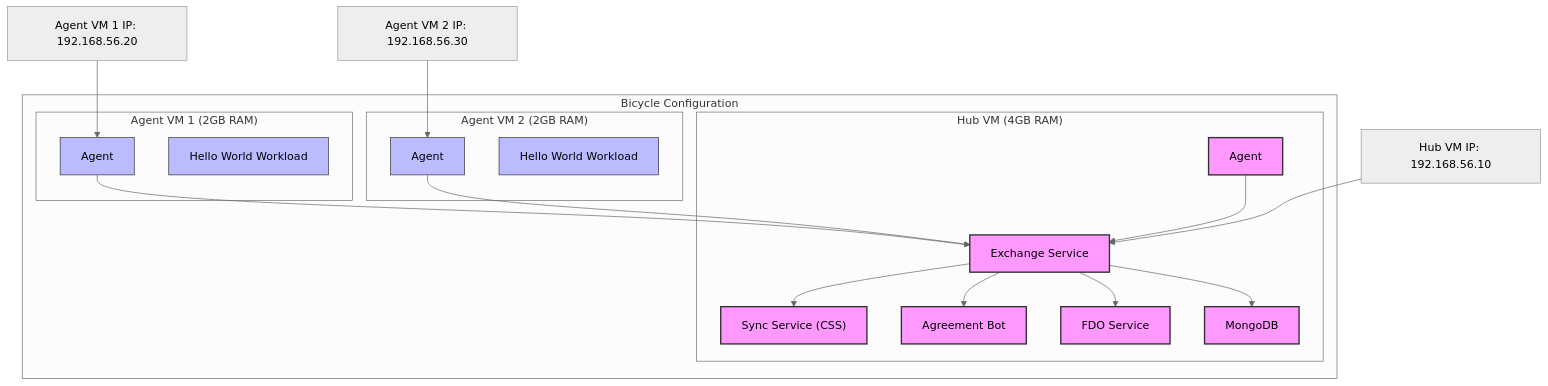
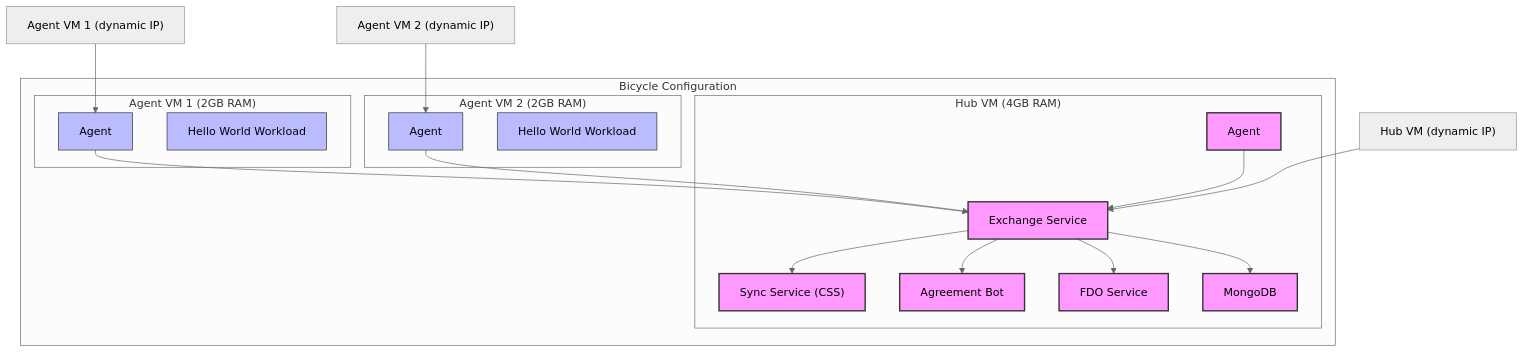
The second of 5 diagrams in README.md (open-horizon-services/demo-in-a-box), drawn with Mermaid (neutral theme) before and after one commit. The commit also changed other lines of this file and 19 other files, not shown here.

````diff
--- a/README.md
+++ b/README.md
@@ -74,43 +74,43 @@
 ```mermaid
 graph TD
     subgraph "Bicycle Configuration"
     
     subgraph "Hub VM (4GB RAM)"
     Exchange["Exchange Service"]
     CSS["Sync Service (CSS)"]
     AgBot["Agreement Bot"]
     FDO["FDO Service"]
     MongoDB["MongoDB"]
     HubAgent["Agent"]
     end
     
     subgraph "Agent VM 1 (2GB RAM)"
     Agent1["Agent"]
     HelloWorld1["Hello World Workload"]
     end
     
     subgraph "Agent VM 2 (2GB RAM)"
     Agent2["Agent"]
     HelloWorld2["Hello World Workload"]
     end
     
     Exchange --> CSS
     Exchange --> AgBot
     Exchange --> FDO
     Exchange --> MongoDB
     
     Agent1 --> Exchange
     Agent2 --> Exchange
     HubAgent --> Exchange
     
     classDef hub fill:#f9f,stroke:#333,stroke-width:2px
     classDef agent fill:#bbf,stroke:#333,stroke-width:1px
     class Exchange,CSS,AgBot,FDO,MongoDB,HubAgent hub
     class Agent1,HelloWorld1,Agent2,HelloWorld2 agent
     
     end
     
-    IP1["Hub VM IP: 192.168.56.10"] --> Exchange
-    IP2["Agent VM 1 IP: 192.168.56.20"] --> Agent1
-    IP3["Agent VM 2 IP: 192.168.56.30"] --> Agent2
+    IP1["Hub VM (dynamic IP)"] --> Exchange
+    IP2["Agent VM 1 (dynamic IP)"] --> Agent1
+    IP3["Agent VM 2 (dynamic IP)"] --> Agent2
 ```
````
